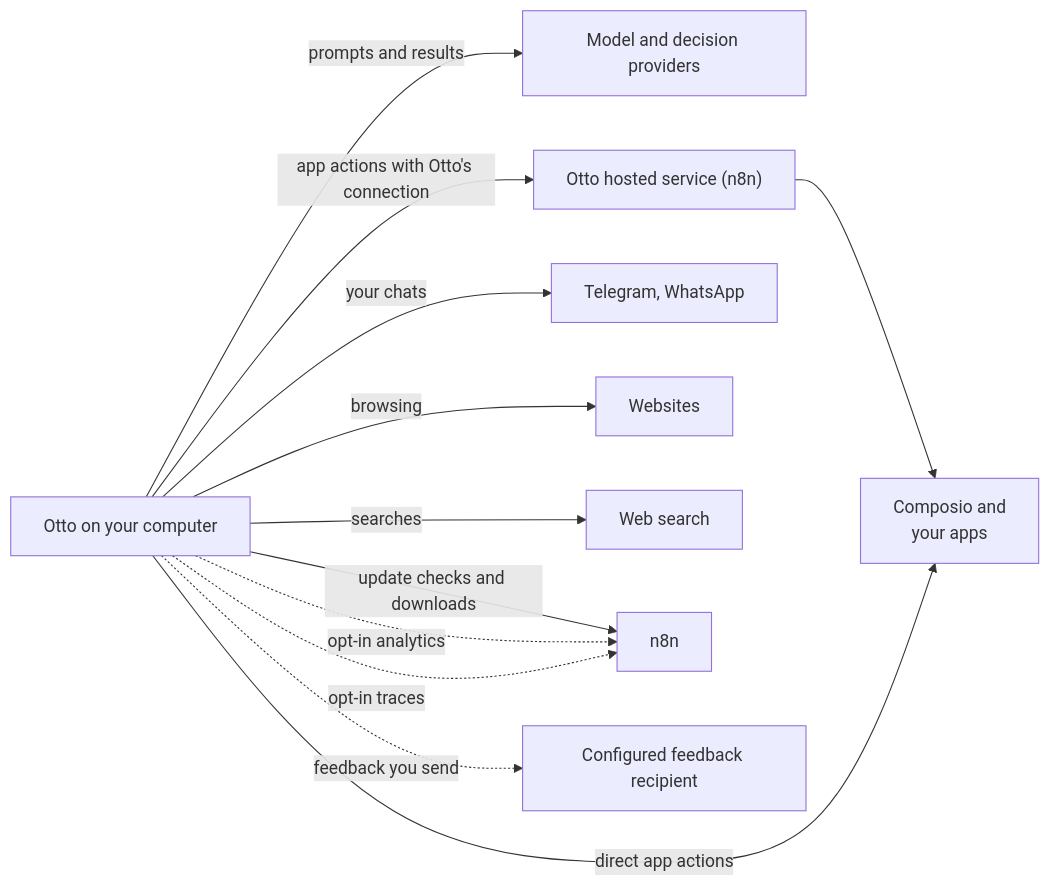
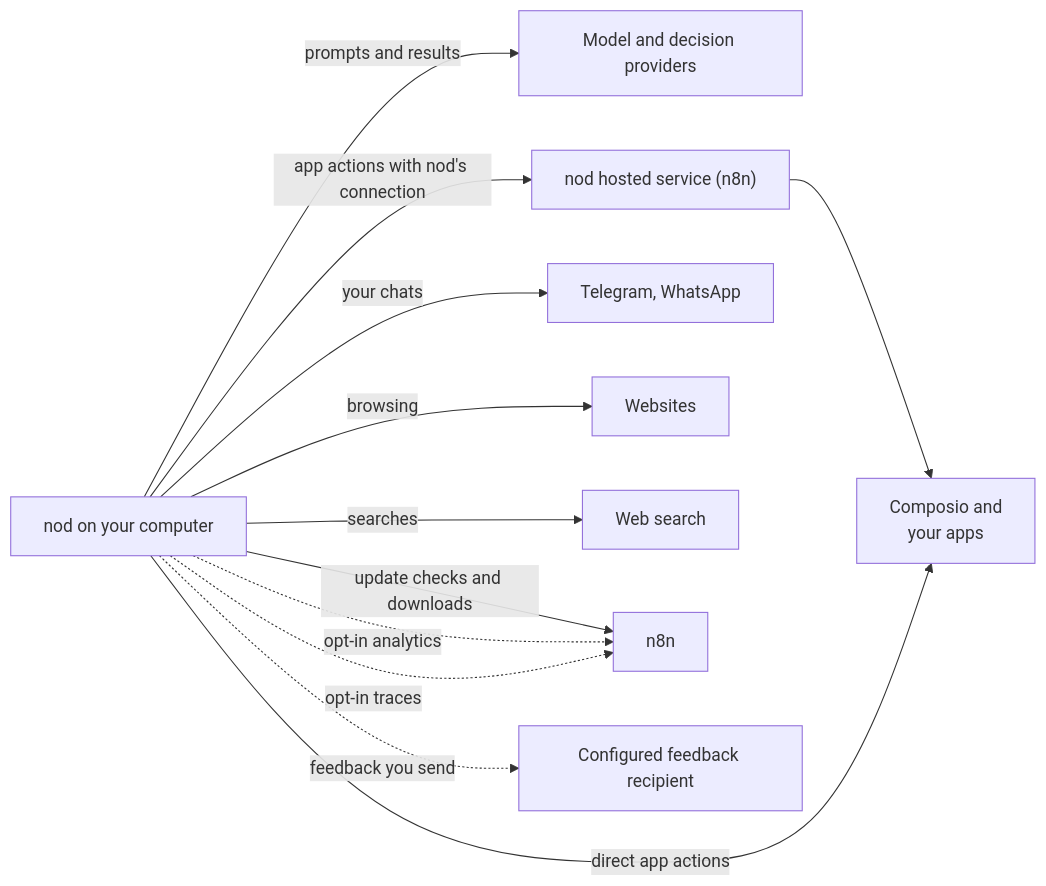
The diagram in docs/src/content/docs/trust/privacy.md (KrishBhimani/nod), drawn with Mermaid before and after one commit. The commit also changed other lines of this file and 380 other files, not shown here.

Commit message:
feat!: rename Otto to nod (#398)

````diff
--- a/docs/src/content/docs/trust/privacy.md
+++ b/docs/src/content/docs/trust/privacy.md
@@ -29,15 +29,15 @@
 ```mermaid
 flowchart LR
-  otto[Otto on your computer]:::accent
-  otto -- prompts and results --> model[Model and decision providers]
-  otto -- app actions with Otto's connection --> managed["Otto hosted service (n8n)"]
+  nod[nod on your computer]:::accent
+  nod -- prompts and results --> model[Model and decision providers]
+  nod -- app actions with nod's connection --> managed["nod hosted service (n8n)"]
   managed --> apps[Composio and<br/>your apps]
-  otto -- direct app actions --> apps
-  otto -- your chats --> chat[Telegram, WhatsApp]
-  otto -- browsing --> web[Websites]
-  otto -- searches --> search[Web search]
-  otto -- update checks and downloads --> n8n[n8n]:::muted
-  otto -. opt-in analytics .-> n8n[n8n]:::muted
-  otto -. opt-in traces .-> n8n[n8n]:::muted
-  otto -. feedback you send .-> feedback[Configured feedback recipient]:::muted
+  nod -- direct app actions --> apps
+  nod -- your chats --> chat[Telegram, WhatsApp]
+  nod -- browsing --> web[Websites]
+  nod -- searches --> search[Web search]
+  nod -- update checks and downloads --> n8n[n8n]:::muted
+  nod -. opt-in analytics .-> n8n[n8n]:::muted
+  nod -. opt-in traces .-> n8n[n8n]:::muted
+  nod -. feedback you send .-> feedback[Configured feedback recipient]:::muted
 ```
````
